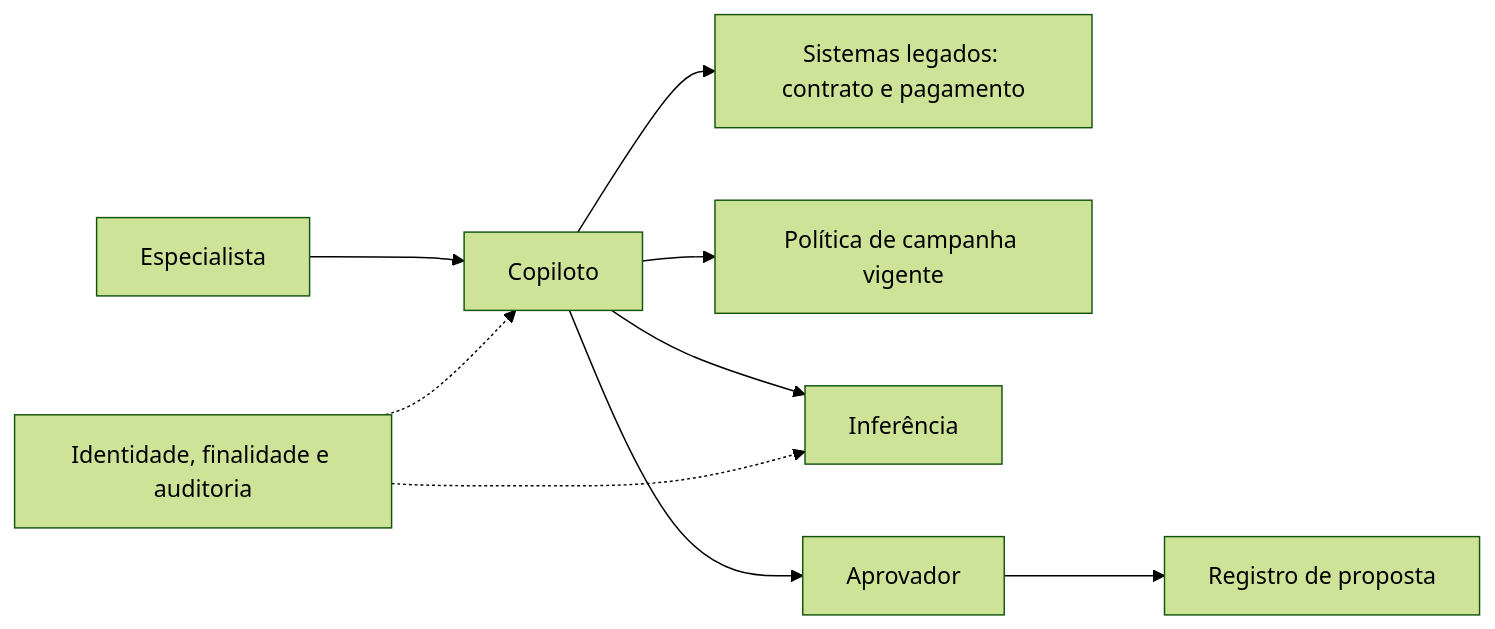
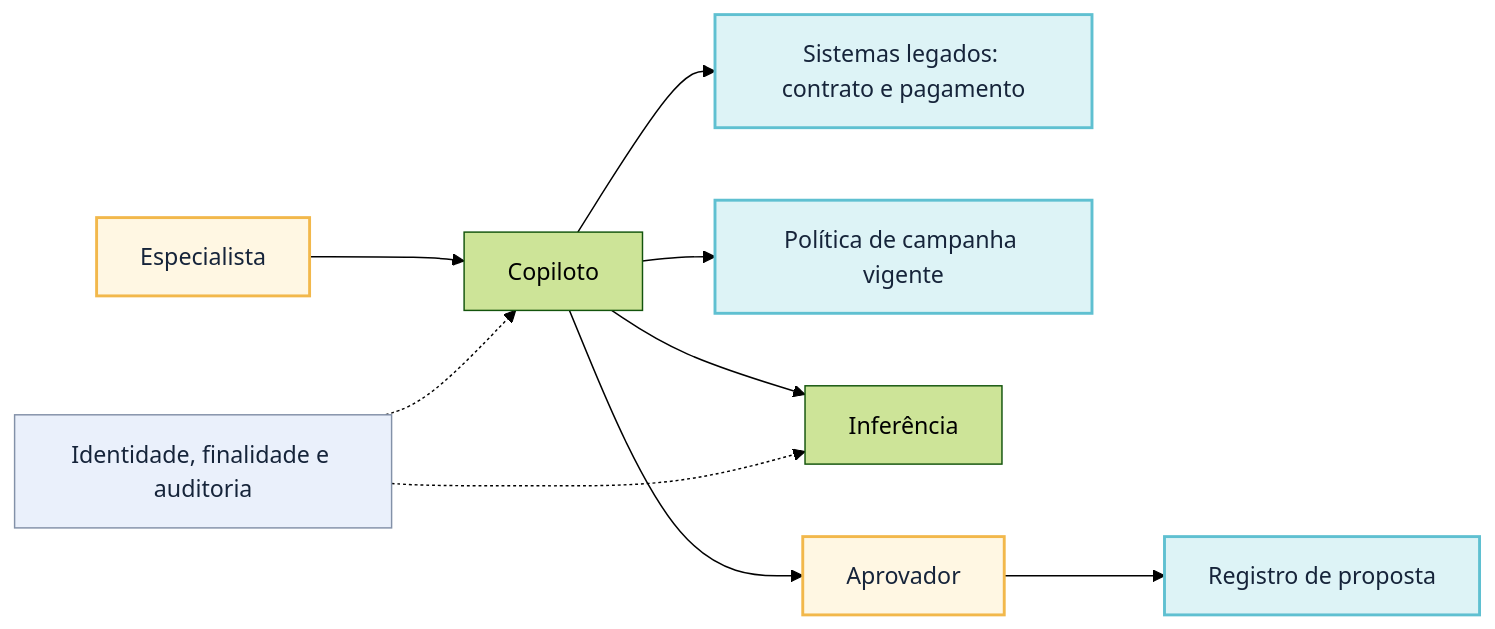
The first of 3 diagrams in docs/modulo-2-desenho-conceitual/caso-aurora.md (aulas-marco/arquitetura-solucoes-ia-generativa), drawn with Mermaid (forest theme) before and after one commit. The commit also changed other lines of this file and 3 other files, not shown here.

First line of the commit message:
Adiciona cores semânticas aos diagramas e explica as seções analíticas do exemplo arquitetural

````diff
--- a/docs/modulo-2-desenho-conceitual/caso-aurora.md
+++ b/docs/modulo-2-desenho-conceitual/caso-aurora.md
@@ -74,11 +76,18 @@
 ```mermaid
 flowchart LR
     E[Especialista] --> C[Copiloto]
     C --> L[Sistemas legados: contrato e pagamento]
     C --> P[Política de campanha vigente]
     C --> I[Inferência]
     C --> A[Aprovador]
     A --> R[Registro de proposta]
     G[Identidade, finalidade e auditoria] -.-> C
     G -.-> I
+
+    classDef humano fill:#FFF7E3,stroke:#F2B84B,stroke-width:2px,color:#16243A;
+    classDef dados fill:#DDF3F6,stroke:#5FC0D1,stroke-width:2px,color:#16243A;
+    classDef controle fill:#EAF0FB,stroke:#8391A8,color:#16243A;
+    class E,A humano;
+    class L,P,R dados;
+    class G controle;
 ```
````
